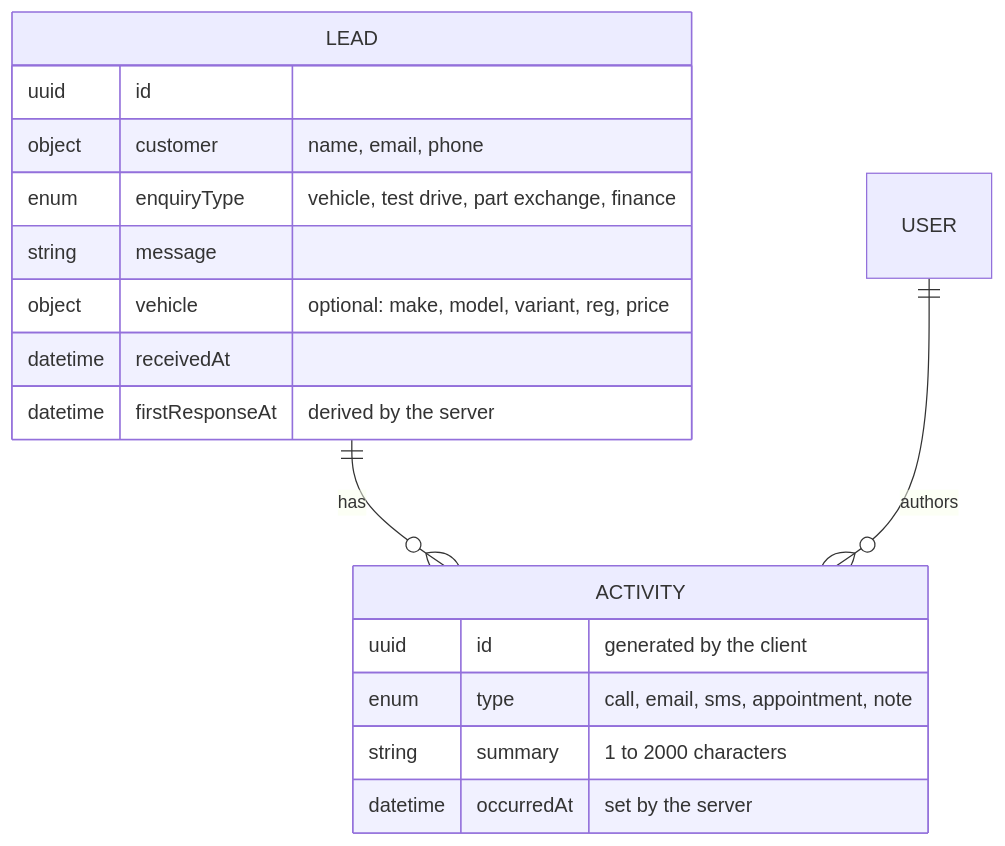
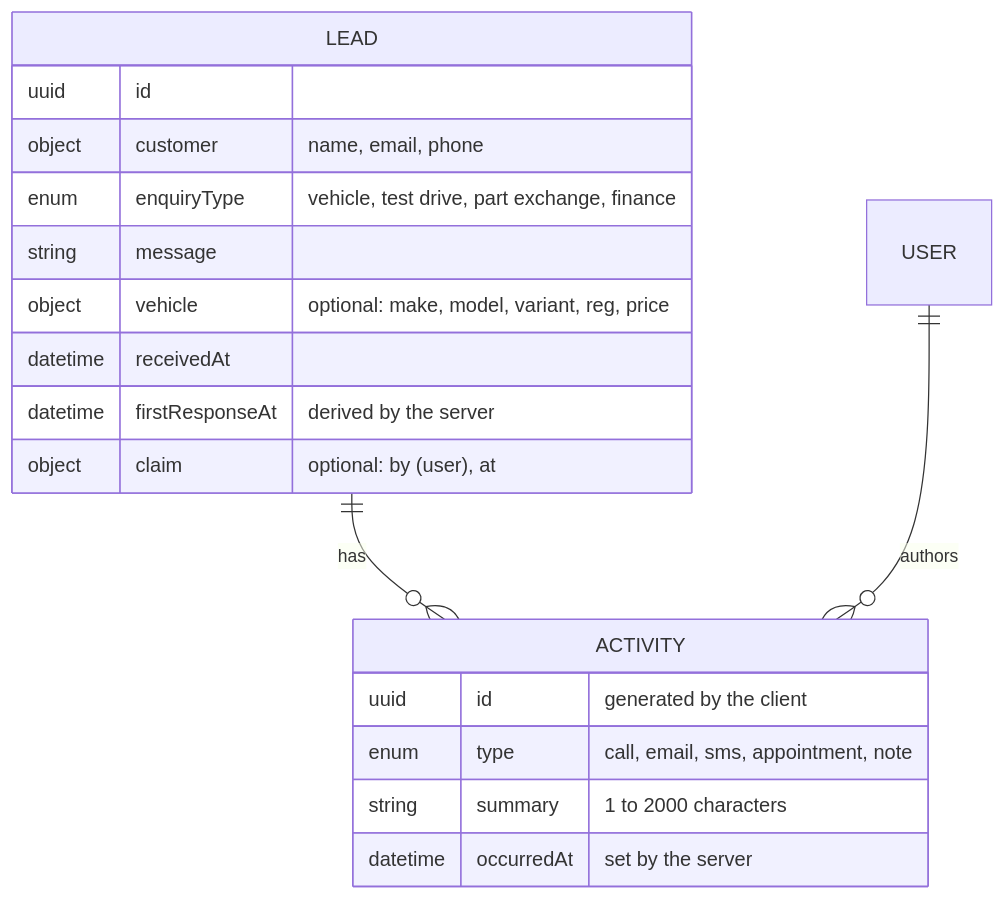
The second of 6 diagrams in docs/design.md (vmtung/keyloop-lead-manager), drawn with Mermaid before and after one commit. The commit also changed other lines of this file and 21 other files, not shown here.

````diff
--- a/docs/design.md
+++ b/docs/design.md
@@ -85,20 +85,21 @@
 ```mermaid
 erDiagram
   LEAD ||--o{ ACTIVITY : has
   USER ||--o{ ACTIVITY : authors
   LEAD {
     uuid id
     object customer "name, email, phone"
     enum enquiryType "vehicle, test drive, part exchange, finance"
     string message
     object vehicle "optional: make, model, variant, reg, price"
     datetime receivedAt
     datetime firstResponseAt "derived by the server"
+    object claim "optional: by (user), at"
   }
   ACTIVITY {
     uuid id "generated by the client"
     enum type "call, email, sms, appointment, note"
     string summary "1 to 2000 characters"
     datetime occurredAt "set by the server"
   }
 ```
````
